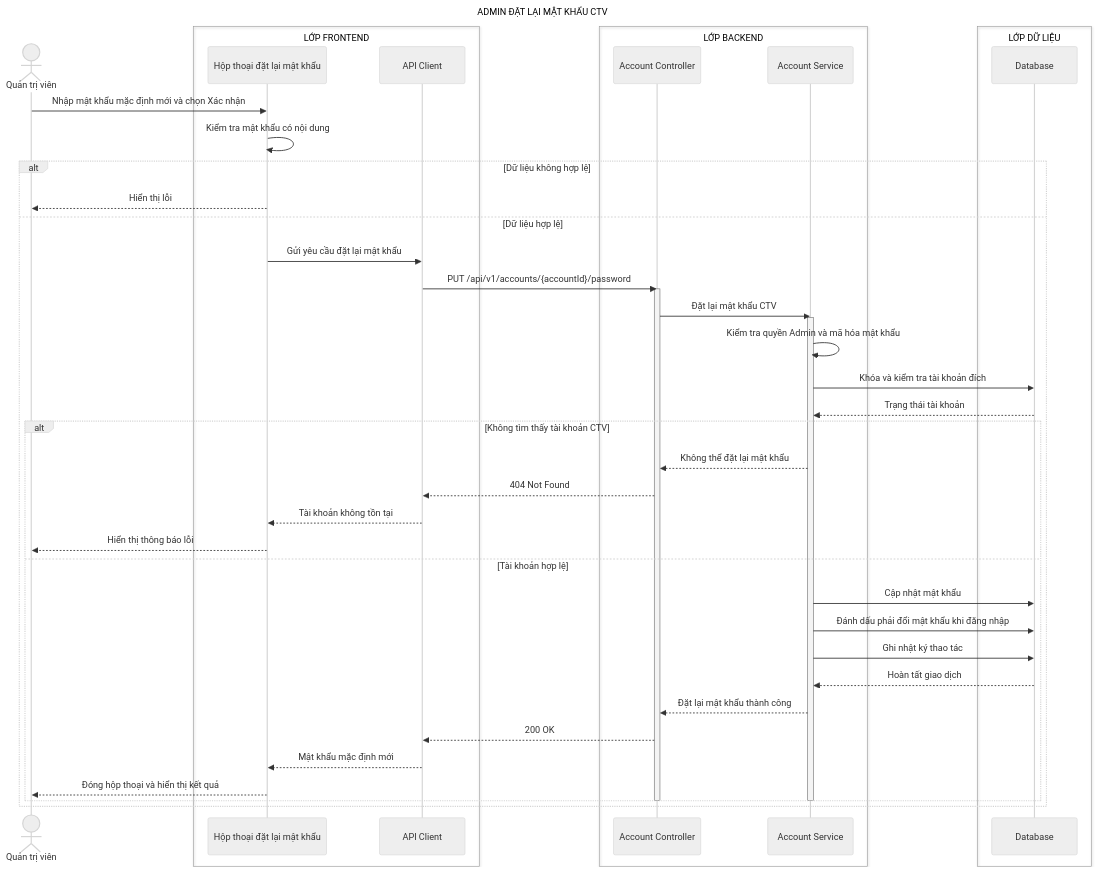
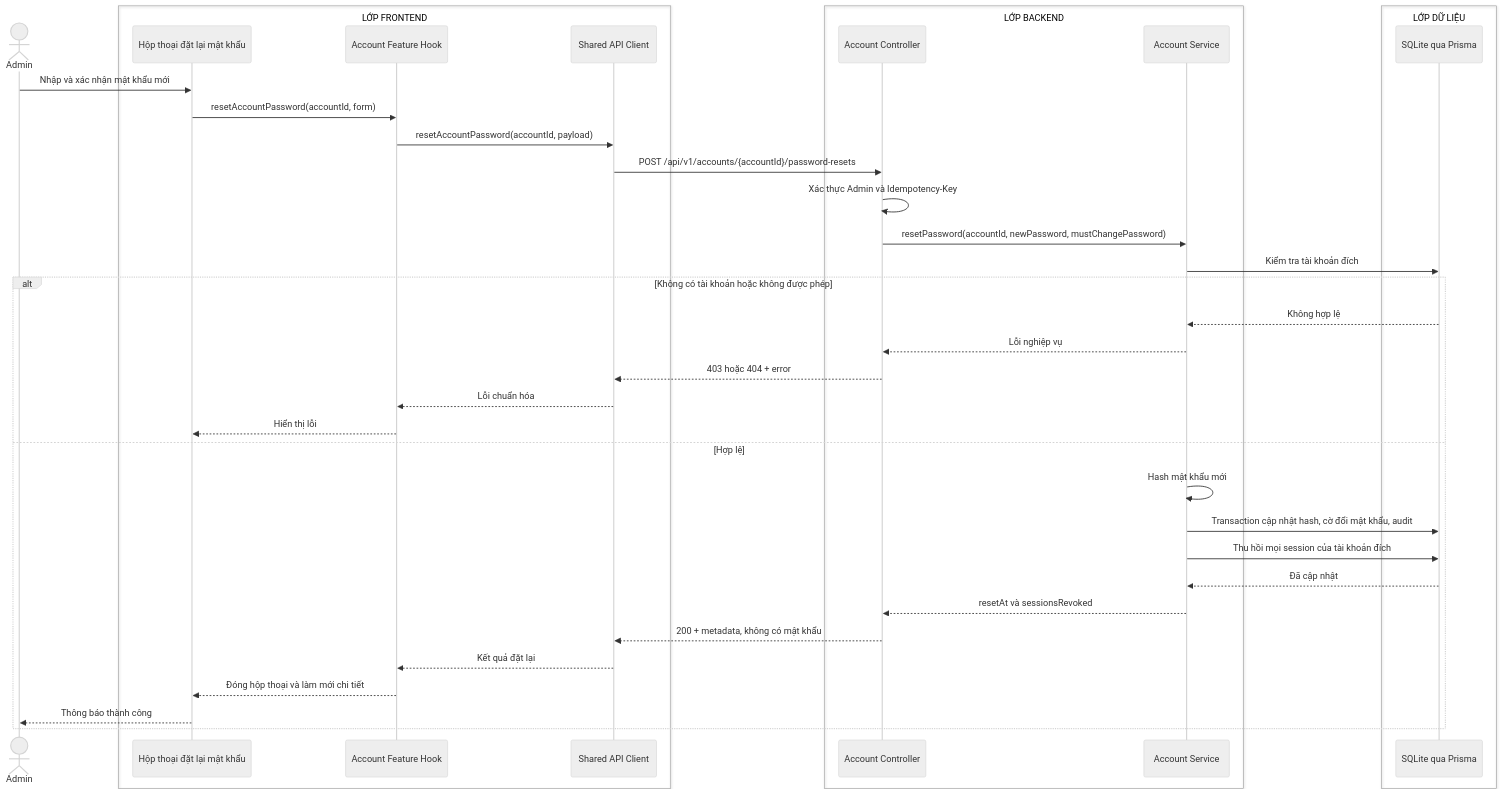
One commit to MINHDZVODICH/ctv-manage changed the second of 2 diagrams in docs/sequence-diagrams/05-doi-va-dat-lai-mat-khau.md. Above: the diagram before and after it, drawn with Mermaid (neutral theme). The commit also changed other lines of this file and 19 other files, not shown here.

Commit message:
docs: align API architecture and prototype flows

````diff
--- a/docs/sequence-diagrams/05-doi-va-dat-lai-mat-khau.md
+++ b/docs/sequence-diagrams/05-doi-va-dat-lai-mat-khau.md
@@ -68,55 +51,42 @@
 ```mermaid
 sequenceDiagram
-    title ADMIN ĐẶT LẠI MẬT KHẨU CTV
-
-    actor A as Quản trị viên
-
+    actor A as Admin
     box LỚP FRONTEND
         participant UI as Hộp thoại đặt lại mật khẩu
-        participant API as API Client
+        participant H as Account Feature Hook
+        participant API as Shared API Client
     end
-
     box LỚP BACKEND
         participant C as Account Controller
         participant S as Account Service
     end
-
     box LỚP DỮ LIỆU
-        participant DB as Database
+        participant DB as SQLite qua Prisma
     end
 
-    A->>UI: Nhập mật khẩu mặc định mới và chọn Xác nhận
-    UI->>UI: Kiểm tra mật khẩu có nội dung
+    A->>UI: Nhập và xác nhận mật khẩu mới
+    UI->>H: resetAccountPassword(accountId, form)
+    H->>API: resetAccountPassword(accountId, payload)
+    API->>C: POST /api/v1/accounts/{accountId}/password-resets
+    C->>C: Xác thực Admin và Idempotency-Key
+    C->>S: resetPassword(accountId, newPassword, mustChangePassword)
+    S->>DB: Kiểm tra tài khoản đích
 
-    alt Dữ liệu không hợp lệ
-        UI-->>A: Hiển thị lỗi
-    else Dữ liệu hợp lệ
-        UI->>API: Gửi yêu cầu đặt lại mật khẩu
-        API->>C: PUT /api/v1/accounts/{accountId}/password
-        activate C
-        C->>S: Đặt lại mật khẩu CTV
-        activate S
-        S->>S: Kiểm tra quyền Admin và mã hóa mật khẩu
-        S->>DB: Khóa và kiểm tra tài khoản đích
-        DB-->>S: Trạng thái tài khoản
-
-        alt Không tìm thấy tài khoản CTV
-            S-->>C: Không thể đặt lại mật khẩu
-            C-->>API: 404 Not Found
-            API-->>UI: Tài khoản không tồn tại
-            UI-->>A: Hiển thị thông báo lỗi
-        else Tài khoản hợp lệ
-            S->>DB: Cập nhật mật khẩu
-            S->>DB: Đánh dấu phải đổi mật khẩu khi đăng nhập
-            S->>DB: Ghi nhật ký thao tác
-            DB-->>S: Hoàn tất giao dịch
-            S-->>C: Đặt lại mật khẩu thành công
-            C-->>API: 200 OK
-            API-->>UI: Mật khẩu mặc định mới
-            UI-->>A: Đóng hộp thoại và hiển thị kết quả
-        end
-
-        deactivate S
-        deactivate C
+    alt Không có tài khoản hoặc không được phép
+        DB-->>S: Không hợp lệ
+        S-->>C: Lỗi nghiệp vụ
+        C-->>API: 403 hoặc 404 + error
+        API-->>H: Lỗi chuẩn hóa
+        H-->>UI: Hiển thị lỗi
+    else Hợp lệ
+        S->>S: Hash mật khẩu mới
+        S->>DB: Transaction cập nhật hash, cờ đổi mật khẩu, audit
+        S->>DB: Thu hồi mọi session của tài khoản đích
+        DB-->>S: Đã cập nhật
+        S-->>C: resetAt và sessionsRevoked
+        C-->>API: 200 + metadata, không có mật khẩu
+        API-->>H: Kết quả đặt lại
+        H-->>UI: Đóng hộp thoại và làm mới chi tiết
+        UI-->>A: Thông báo thành công
     end
 ```
````
